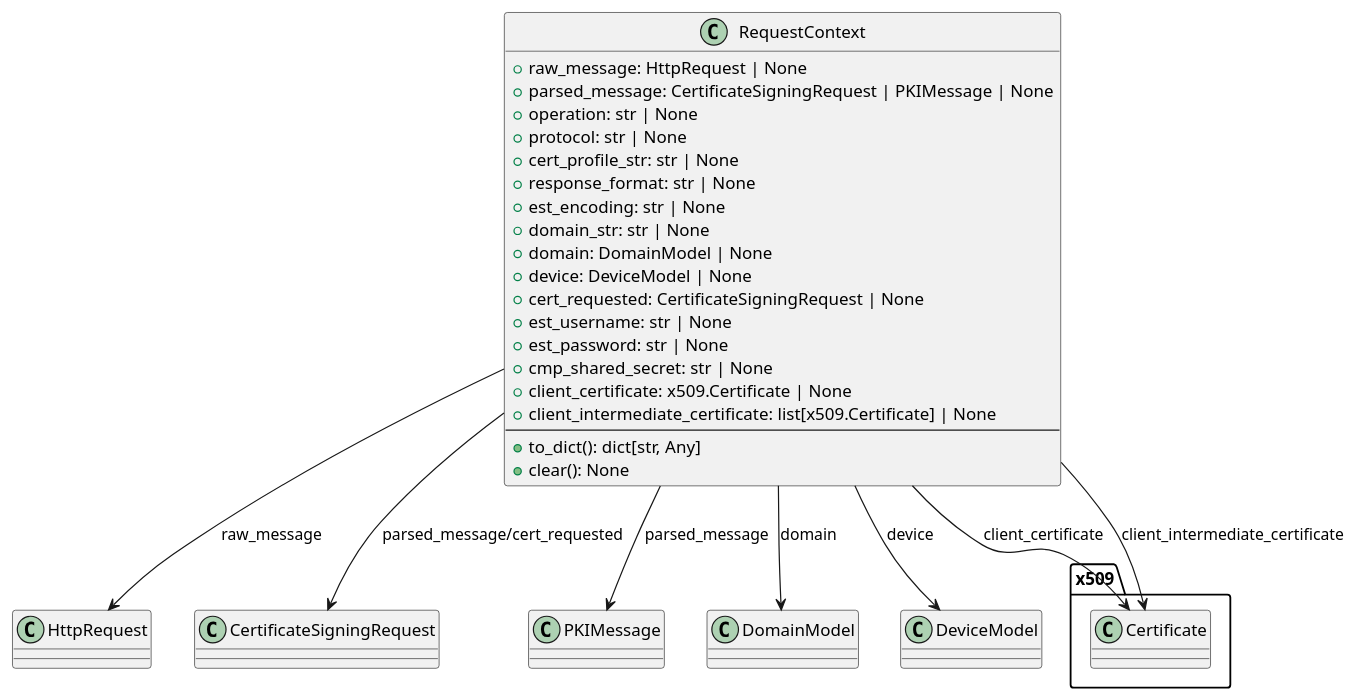
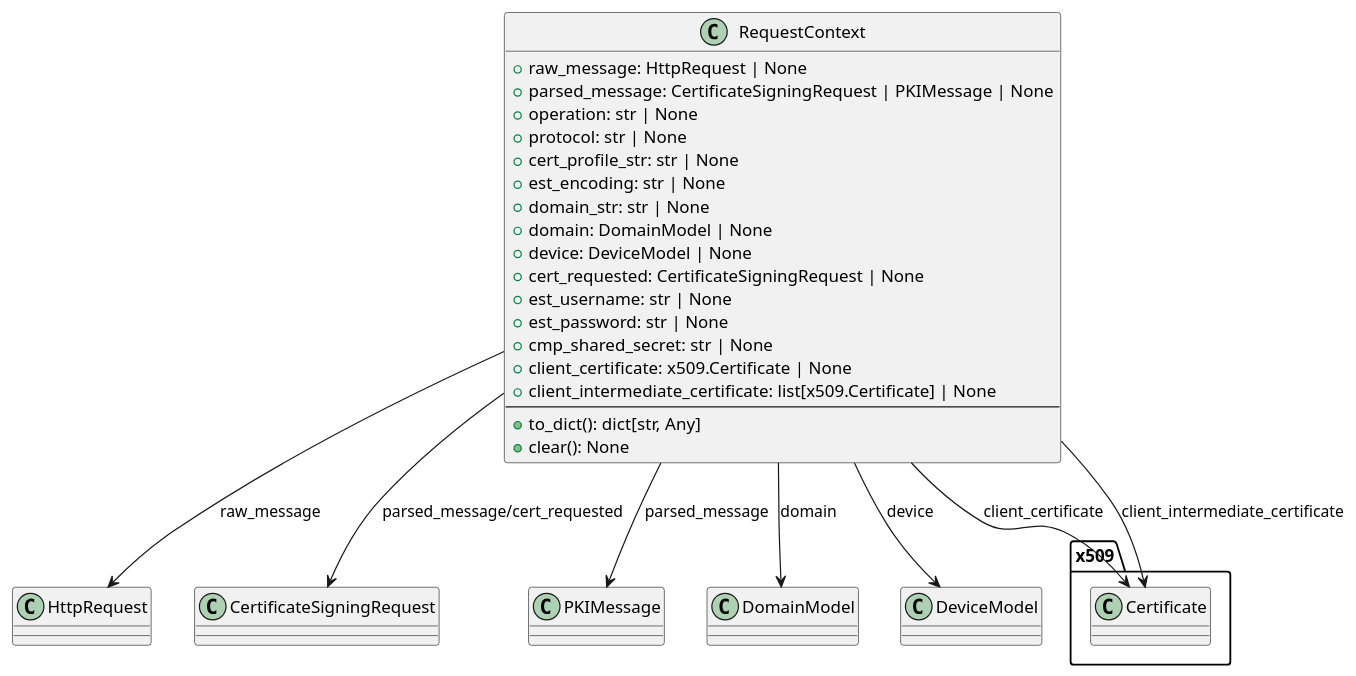
The first of 5 diagrams in docs/source/development/workflow.rst (Trustpoint-Project/trustpoint), drawn with PlantUML before and after one commit. The commit also changed 16 other files, not shown here.

```diff
--- a/docs/source/development/workflow.rst
+++ b/docs/source/development/workflow.rst
@@ -13,44 +13,43 @@
 .. plantuml::
 
     @startuml
     ' Representation of the RequestContext class.
     class RequestContext {
         + raw_message: HttpRequest | None
         + parsed_message: CertificateSigningRequest | PKIMessage | None
         + operation: str | None
         + protocol: str | None
         + cert_profile_str: str | None
-        + response_format: str | None
         + est_encoding: str | None
         + domain_str: str | None
         + domain: DomainModel | None
         + device: DeviceModel | None
         + cert_requested: CertificateSigningRequest | None
         + est_username: str | None
         + est_password: str | None
         + cmp_shared_secret: str | None
         + client_certificate: x509.Certificate | None
         + client_intermediate_certificate: list[x509.Certificate] | None
         --
         + to_dict(): dict[str, Any]
         + clear(): None
     }
 
     ' Dependencies and related models.
     class HttpRequest
     class CertificateSigningRequest
     class PKIMessage
     class DomainModel
     class DeviceModel
     class x509.Certificate
 
     ' Relationships.
     RequestContext --> HttpRequest : "raw_message"
     RequestContext --> CertificateSigningRequest : "parsed_message/cert_requested"
     RequestContext --> PKIMessage : "parsed_message"
     RequestContext --> DomainModel : "domain"
     RequestContext --> DeviceModel : "device"
     RequestContext --> x509.Certificate : "client_certificate"
     RequestContext --> x509.Certificate : "client_intermediate_certificate"
 
     @enduml
```
